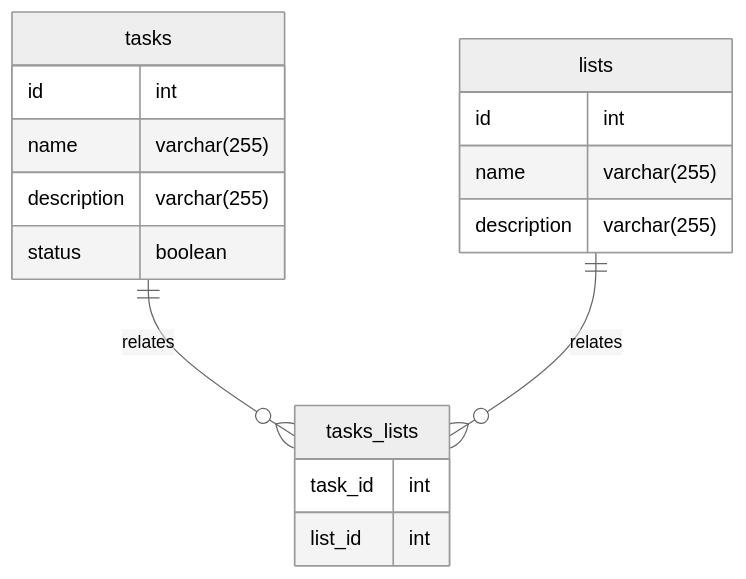
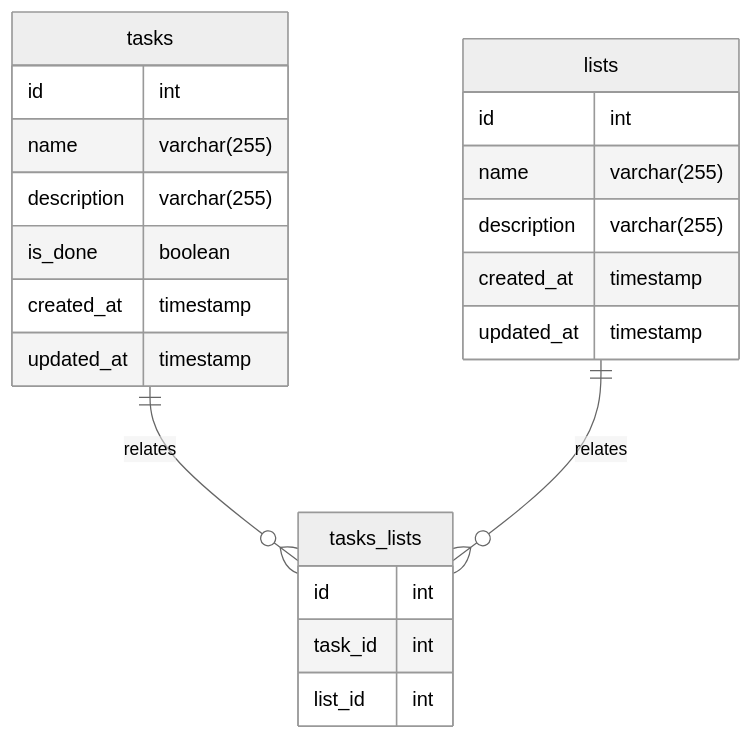
The diagram in README.md (jonathas/todo-service), drawn with Mermaid (neutral theme) before and after one commit. The commit also changed 5 other files, not shown here.

Commit message:
refactor: status renamed to isDone

````diff
--- a/README.md
+++ b/README.md
@@ -59,21 +59,26 @@
 ```mermaid
 erDiagram
     tasks ||--o{ tasks_lists : relates
     lists ||--o{ tasks_lists : relates
 
     tasks {
         id int
         name varchar(255)
         description varchar(255)
-        status boolean
+        is_done boolean
+        created_at timestamp
+        updated_at timestamp
     }
     lists {
       id int
       name varchar(255)
       description varchar(255)
+      created_at timestamp
+      updated_at timestamp
     }
     tasks_lists {
+      id int
       task_id int
       list_id int
     }
 ```
````
